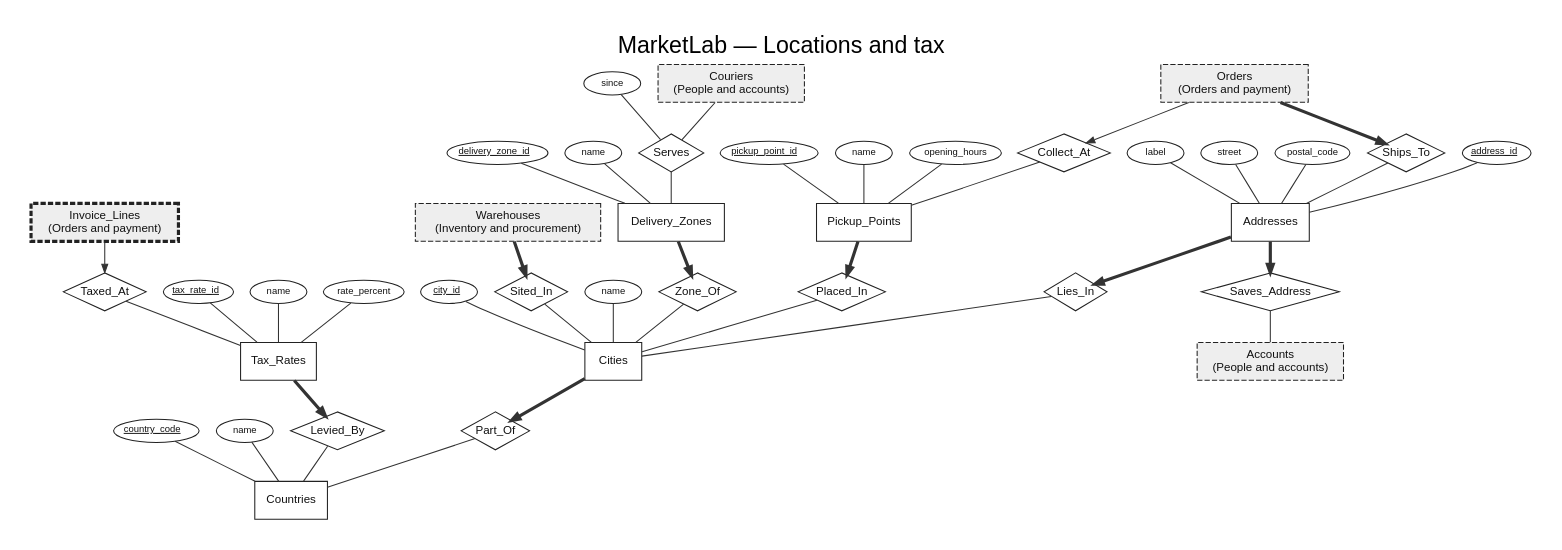
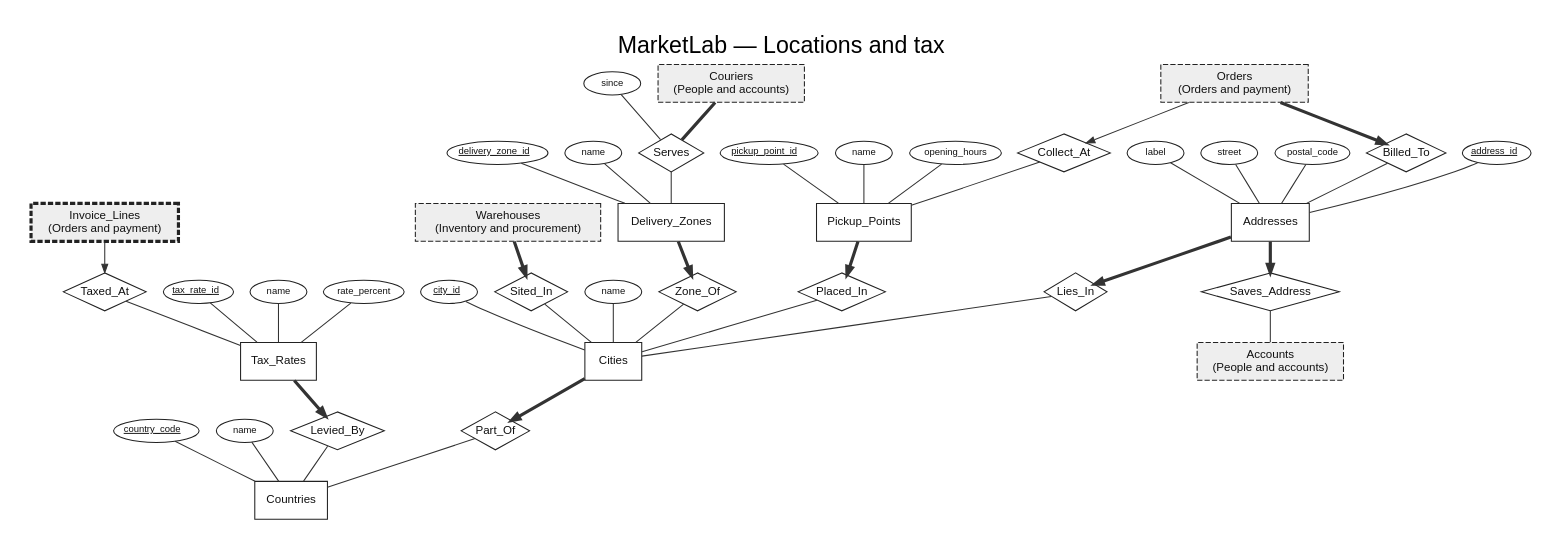
The diagram in docs/er/area-locations.dot (Barlassen/CS_202_Project), drawn with Graphviz before and after one commit. The commit also changed 27 other files, not shown here.

```diff
--- a/docs/er/area-locations.dot
+++ b/docs/er/area-locations.dot
@@ -1,88 +1,88 @@
 digraph ER {
 graph [compound=true, rankdir=TB, newrank=true, nodesep=0.22, ranksep=0.42, fontname="Helvetica", fontsize=22, labelloc=t, label="MarketLab — Locations and tax", pad=0.3];
 node [fontname="Helvetica", fontsize=11, color="#222222", fontcolor="#111111"];
 edge [color="#333333", arrowsize=0.8, fontname="Helvetica", fontsize=9];
 E_accounts [shape=box, style="filled,dashed", fillcolor="#eeeeee", penwidth=1, label="Accounts
 (People and accounts)"];
 E_addresses [shape=box, penwidth=1, label="Addresses"];
 A__addresses__address_id [shape=ellipse, fontsize=9, margin="0.04,0.02", height=0.3, label=<<U>address_id</U>>];
 A__addresses__address_id -> E_addresses [dir=none];
 A__addresses__label [shape=ellipse, fontsize=9, margin="0.04,0.02", height=0.3, label="label"];
 A__addresses__label -> E_addresses [dir=none];
 A__addresses__street [shape=ellipse, fontsize=9, margin="0.04,0.02", height=0.3, label="street"];
 A__addresses__street -> E_addresses [dir=none];
 A__addresses__postal_code [shape=ellipse, fontsize=9, margin="0.04,0.02", height=0.3, label="postal_code"];
 A__addresses__postal_code -> E_addresses [dir=none];
 E_cities [shape=box, penwidth=1, label="Cities"];
 A__cities__city_id [shape=ellipse, fontsize=9, margin="0.04,0.02", height=0.3, label=<<U>city_id</U>>];
 A__cities__city_id -> E_cities [dir=none];
 A__cities__name [shape=ellipse, fontsize=9, margin="0.04,0.02", height=0.3, label="name"];
 A__cities__name -> E_cities [dir=none];
 E_countries [shape=box, penwidth=1, label="Countries"];
 A__countries__country_code [shape=ellipse, fontsize=9, margin="0.04,0.02", height=0.3, label=<<U>country_code</U>>];
 A__countries__country_code -> E_countries [dir=none];
 A__countries__name [shape=ellipse, fontsize=9, margin="0.04,0.02", height=0.3, label="name"];
 A__countries__name -> E_countries [dir=none];
 E_couriers [shape=box, style="filled,dashed", fillcolor="#eeeeee", penwidth=1, label="Couriers
 (People and accounts)"];
 E_delivery_zones [shape=box, penwidth=1, label="Delivery_Zones"];
 A__delivery_zones__delivery_zone_id [shape=ellipse, fontsize=9, margin="0.04,0.02", height=0.3, label=<<U>delivery_zone_id</U>>];
 A__delivery_zones__delivery_zone_id -> E_delivery_zones [dir=none];
 A__delivery_zones__name [shape=ellipse, fontsize=9, margin="0.04,0.02", height=0.3, label="name"];
 A__delivery_zones__name -> E_delivery_zones [dir=none];
 E_invoice_lines [shape=box, style="filled,dashed", fillcolor="#eeeeee", penwidth=3, label="Invoice_Lines
 (Orders and payment)"];
 E_orders [shape=box, style="filled,dashed", fillcolor="#eeeeee", penwidth=1, label="Orders
 (Orders and payment)"];
 E_pickup_points [shape=box, penwidth=1, label="Pickup_Points"];
 A__pickup_points__pickup_point_id [shape=ellipse, fontsize=9, margin="0.04,0.02", height=0.3, label=<<U>pickup_point_id</U>>];
 A__pickup_points__pickup_point_id -> E_pickup_points [dir=none];
 A__pickup_points__name [shape=ellipse, fontsize=9, margin="0.04,0.02", height=0.3, label="name"];
 A__pickup_points__name -> E_pickup_points [dir=none];
 A__pickup_points__opening_hours [shape=ellipse, fontsize=9, margin="0.04,0.02", height=0.3, label="opening_hours"];
 A__pickup_points__opening_hours -> E_pickup_points [dir=none];
 E_tax_rates [shape=box, penwidth=1, label="Tax_Rates"];
 A__tax_rates__tax_rate_id [shape=ellipse, fontsize=9, margin="0.04,0.02", height=0.3, label=<<U>tax_rate_id</U>>];
 A__tax_rates__tax_rate_id -> E_tax_rates [dir=none];
 A__tax_rates__name [shape=ellipse, fontsize=9, margin="0.04,0.02", height=0.3, label="name"];
 A__tax_rates__name -> E_tax_rates [dir=none];
 A__tax_rates__rate_percent [shape=ellipse, fontsize=9, margin="0.04,0.02", height=0.3, label="rate_percent"];
 A__tax_rates__rate_percent -> E_tax_rates [dir=none];
 E_warehouses [shape=box, style="filled,dashed", fillcolor="#eeeeee", penwidth=1, label="Warehouses
 (Inventory and procurement)"];
 R12 [shape=diamond, penwidth=1, margin="0.02,0.02", label="Part_Of"];
 E_cities -> R12 [dir=forward, arrowhead=normal, penwidth=3];
 R12 -> E_countries [dir=none];
 R13 [shape=diamond, penwidth=1, margin="0.02,0.02", label="Lies_In"];
 E_addresses -> R13 [dir=forward, arrowhead=normal, penwidth=3];
 R13 -> E_cities [dir=none];
 R14 [shape=diamond, penwidth=1, margin="0.02,0.02", label="Saves_Address"];
 E_addresses -> R14 [dir=forward, arrowhead=normal, penwidth=3];
 R14 -> E_accounts [dir=none];
 R15 [shape=diamond, penwidth=1, margin="0.02,0.02", label="Zone_Of"];
 E_delivery_zones -> R15 [dir=forward, arrowhead=normal, penwidth=3];
 R15 -> E_cities [dir=none];
 R16 [shape=diamond, penwidth=1, margin="0.02,0.02", label="Placed_In"];
 E_pickup_points -> R16 [dir=forward, arrowhead=normal, penwidth=3];
 R16 -> E_cities [dir=none];
 R17 [shape=diamond, penwidth=1, margin="0.02,0.02", label="Levied_By"];
 E_tax_rates -> R17 [dir=forward, arrowhead=normal, penwidth=3];
 R17 -> E_countries [dir=none];
 R41 [shape=diamond, penwidth=1, margin="0.02,0.02", label="Sited_In"];
 E_warehouses -> R41 [dir=forward, arrowhead=normal, penwidth=3];
 R41 -> E_cities [dir=none];
 R55 [shape=diamond, penwidth=1, margin="0.02,0.02", label="Collect_At"];
 E_orders -> R55 [dir=forward, arrowhead=normal];
 R55 -> E_pickup_points [dir=none];
-R56 [shape=diamond, penwidth=1, margin="0.02,0.02", label="Ships_To"];
+R56 [shape=diamond, penwidth=1, margin="0.02,0.02", label="Billed_To"];
 E_orders -> R56 [dir=forward, arrowhead=normal, penwidth=3];
 R56 -> E_addresses [dir=none];
 R68 [shape=diamond, penwidth=1, margin="0.02,0.02", label="Taxed_At"];
 E_invoice_lines -> R68 [dir=forward, arrowhead=normal];
 R68 -> E_tax_rates [dir=none];
 R88 [shape=diamond, penwidth=1, margin="0.02,0.02", label="Serves"];
 RA88__since [shape=ellipse, fontsize=9, margin="0.04,0.02", height=0.3, label="since"];
 RA88__since -> R88 [dir=none];
-E_couriers -> R88 [dir=none];
+E_couriers -> R88 [dir=none, penwidth=3];
 R88 -> E_delivery_zones [dir=none];
 }
```
